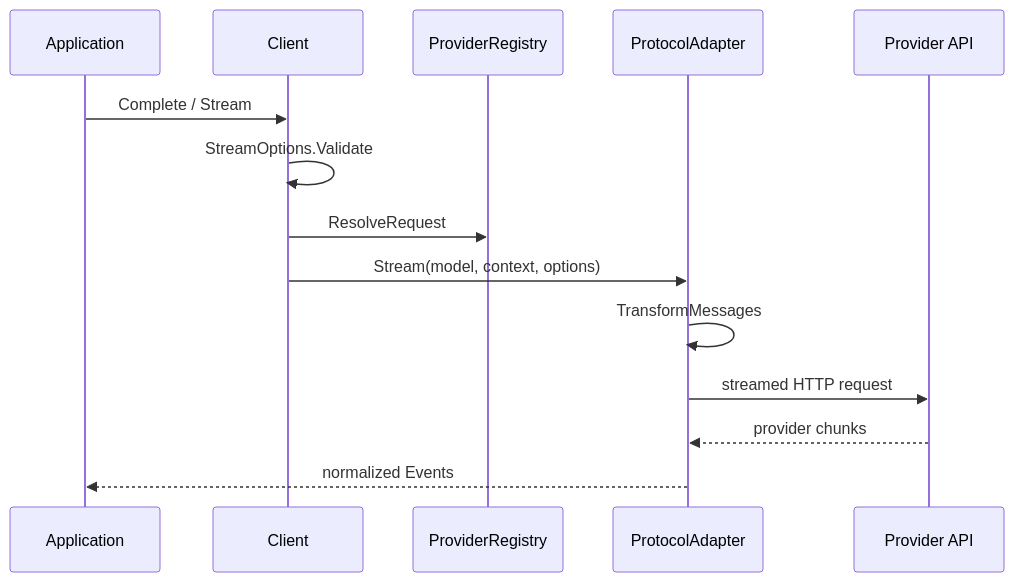
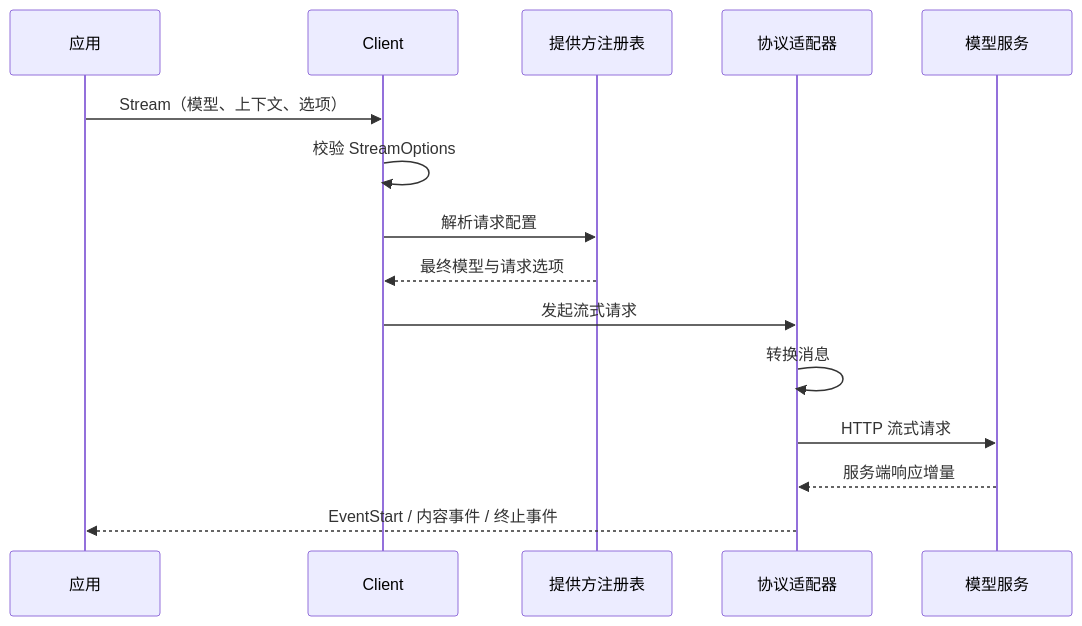
Before and after one commit to ktsoator/or: the second of 2 diagrams in docs/llm/developer-guide.zh.md, drawn with Mermaid. The commit also changed other lines of this file and 68 other files, not shown here.

````diff
--- a/docs/llm/developer-guide.zh.md
+++ b/docs/llm/developer-guide.zh.md
@@ -125,17 +74,18 @@
 ```mermaid
 sequenceDiagram
-    participant App as Application
+    participant App as 应用
     participant Client
-    participant Providers as ProviderRegistry
-    participant Adapter as ProtocolAdapter
-    participant API as Provider API
+    participant Registry as 提供方注册表
+    participant Adapter as 协议适配器
+    participant Service as 模型服务
 
-    App->>Client: Complete / Stream
-    Client->>Client: StreamOptions.Validate
-    Client->>Providers: ResolveRequest
-    Client->>Adapter: Stream(model, context, options)
-    Adapter->>Adapter: TransformMessages
-    Adapter->>API: streamed HTTP request
-    API-->>Adapter: provider chunks
-    Adapter-->>App: normalized Events
+    App->>Client: Stream（模型、上下文、选项）
+    Client->>Client: 校验 StreamOptions
+    Client->>Registry: 解析请求配置
+    Registry-->>Client: 最终模型与请求选项
+    Client->>Adapter: 发起流式请求
+    Adapter->>Adapter: 转换消息
+    Adapter->>Service: HTTP 流式请求
+    Service-->>Adapter: 服务端响应增量
+    Adapter-->>App: EventStart / 内容事件 / 终止事件
 ```
````
